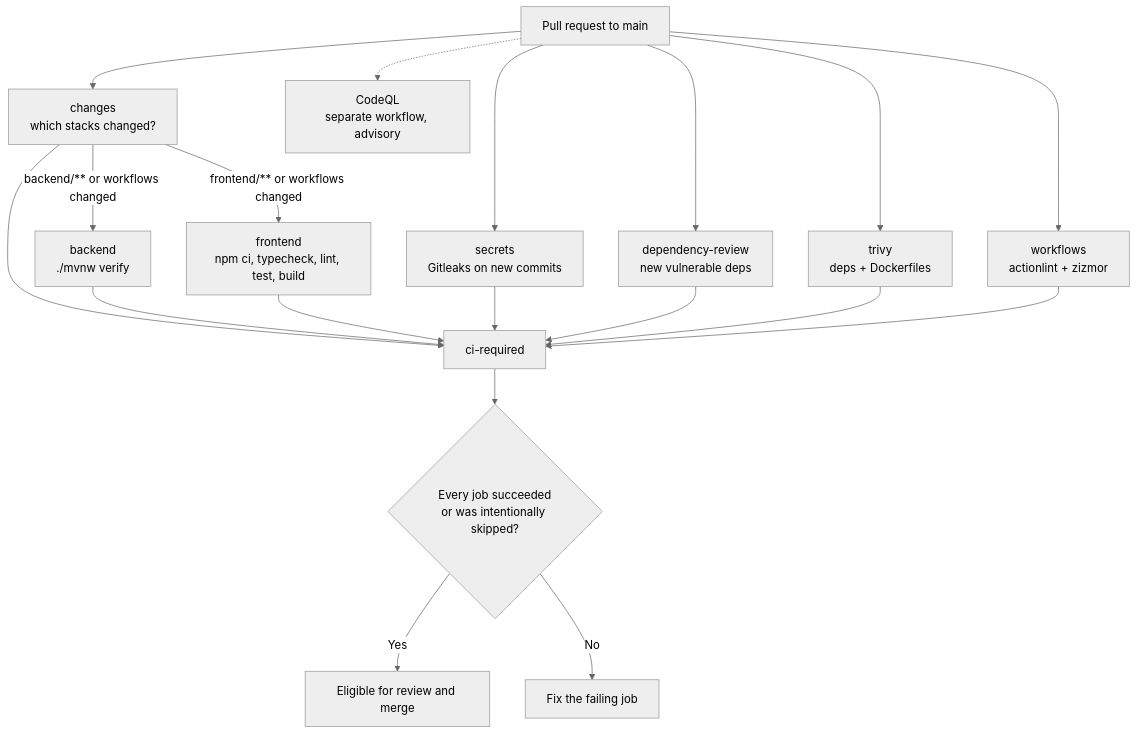
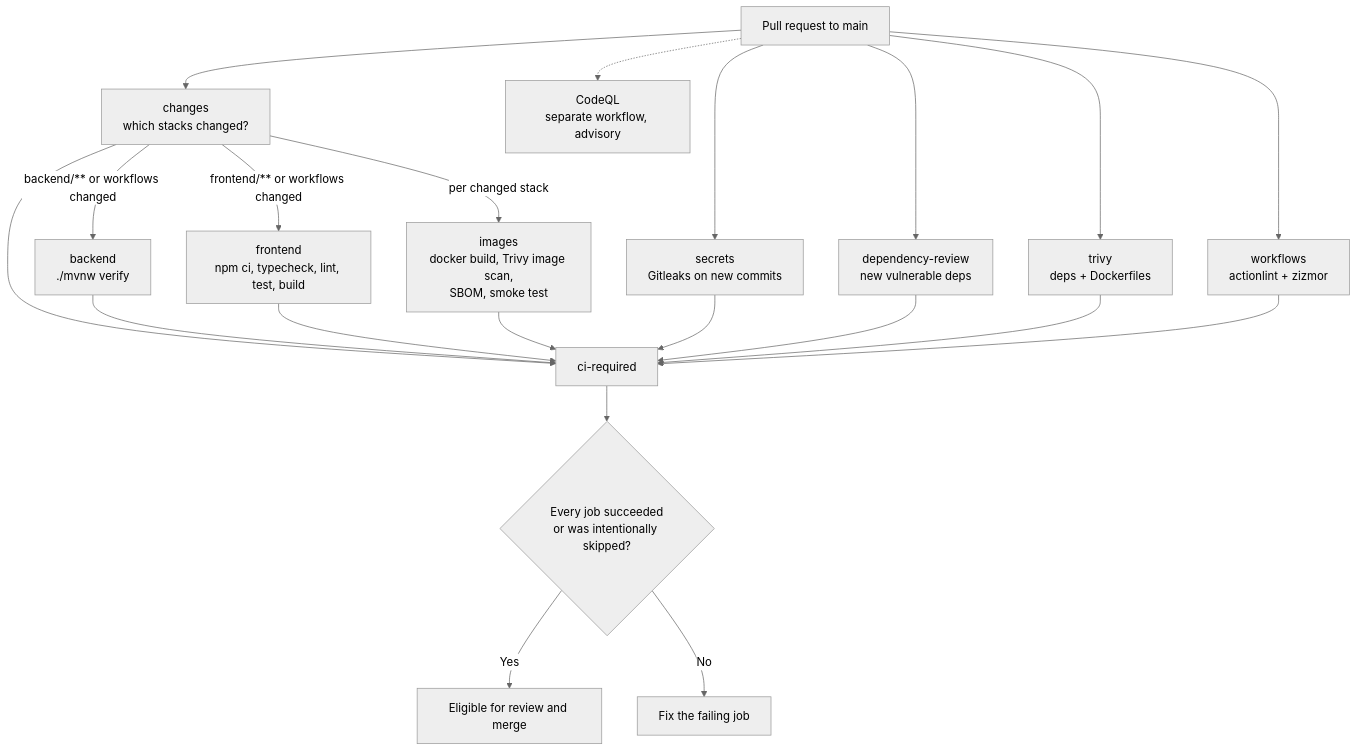
Before and after one commit to 0019-KDU/CloudForge: the diagram in docs/ci-cd/CI-ARCHITECTURE.md, drawn with Mermaid (neutral theme). The commit also changed other lines of this file and 6 other files, not shown here.

Commit message:
ci: build, scan and smoke-test the production images

````diff
--- a/docs/ci-cd/CI-ARCHITECTURE.md
+++ b/docs/ci-cd/CI-ARCHITECTURE.md
@@ -22,24 +23,26 @@
 ```mermaid
 flowchart TD
     PR[Pull request to main] --> C[changes<br/>which stacks changed?]
     PR --> S[secrets<br/>Gitleaks on new commits]
     PR --> D[dependency-review<br/>new vulnerable deps]
     PR --> T[trivy<br/>deps + Dockerfiles]
     PR --> W[workflows<br/>actionlint + zizmor]
     PR -.-> Q[CodeQL<br/>separate workflow, advisory]
 
     C -->|backend/** or workflows changed| B[backend<br/>./mvnw verify]
     C -->|frontend/** or workflows changed| F[frontend<br/>npm ci, typecheck, lint, test, build]
+    C -->|per changed stack| I[images<br/>docker build, Trivy image scan,<br/>SBOM, smoke test]
 
     C --> R[ci-required]
     B --> R
     F --> R
+    I --> R
     S --> R
     D --> R
     T --> R
     W --> R
 
     R --> G{Every job succeeded<br/>or was intentionally skipped?}
     G -->|Yes| M[Eligible for review and merge]
     G -->|No| X[Fix the failing job]
 ```
````
